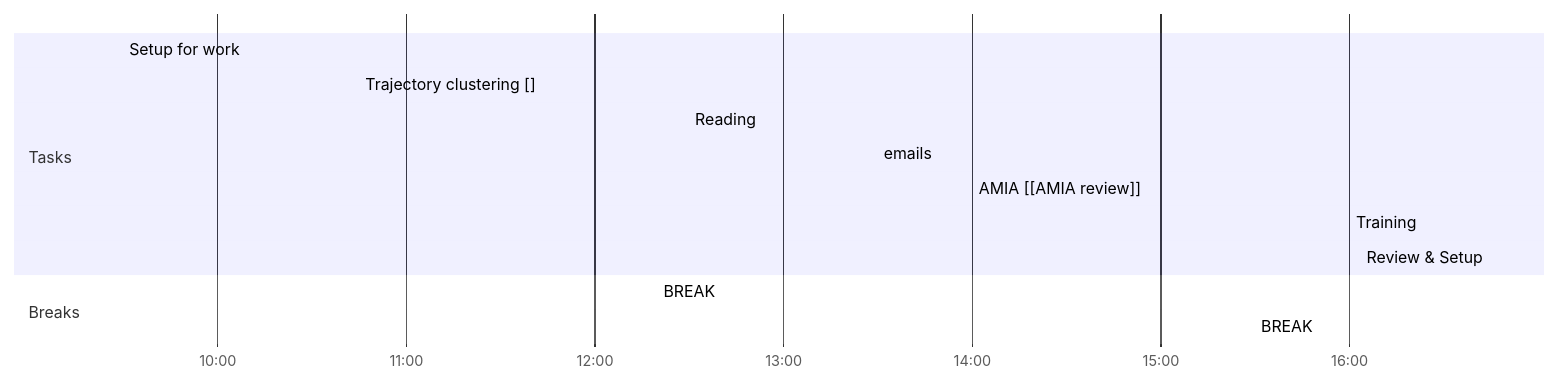
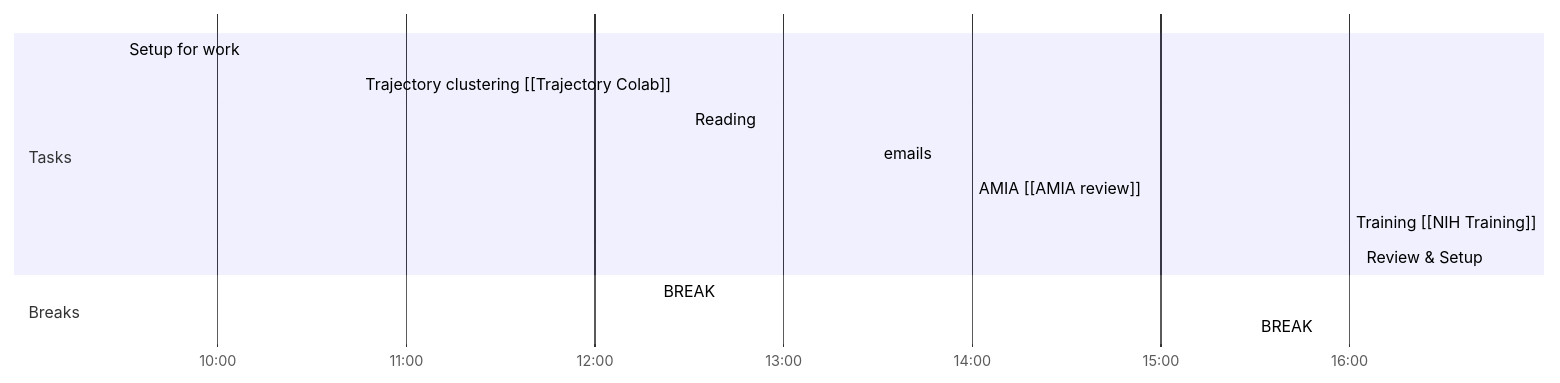
One commit to tanoManzo/notes changed the diagram in Day Planners/Day Planner-20230801.md. Above: the diagram before and after it, drawn with Mermaid. The commit also changed other lines of this file and 5 other files, not shown here.

````diff
--- a/Day Planners/Day Planner-20230801.md
+++ b/Day Planners/Day Planner-20230801.md
@@ -25,17 +25,17 @@
 ```mermaid
 gantt
     dateFormat  HH-mm
     axisFormat %H:%M
-    %% Current Time: 11:01:24 AM
+    %% Current Time: 11:06:26 AM
     section Tasks
     Setup for work     :09-30, 75mm
-    Trajectory clustering []     :10-45, 95mm
+    Trajectory clustering [[Trajectory Colab]]     :10-45, 95mm
     Reading     :12-30, 60mm
     emails     :13-30, 30mm
     AMIA [[AMIA review]]     :14-00, 90mm
-    Training     :16-00, 45mm
+    Training [[NIH Training]]     :16-00, 45mm
     Review & Setup     :16-45, 0mm
     section Breaks
     BREAK     :12-20, 10mm
     BREAK     :15-30, 30mm
 ```
````
